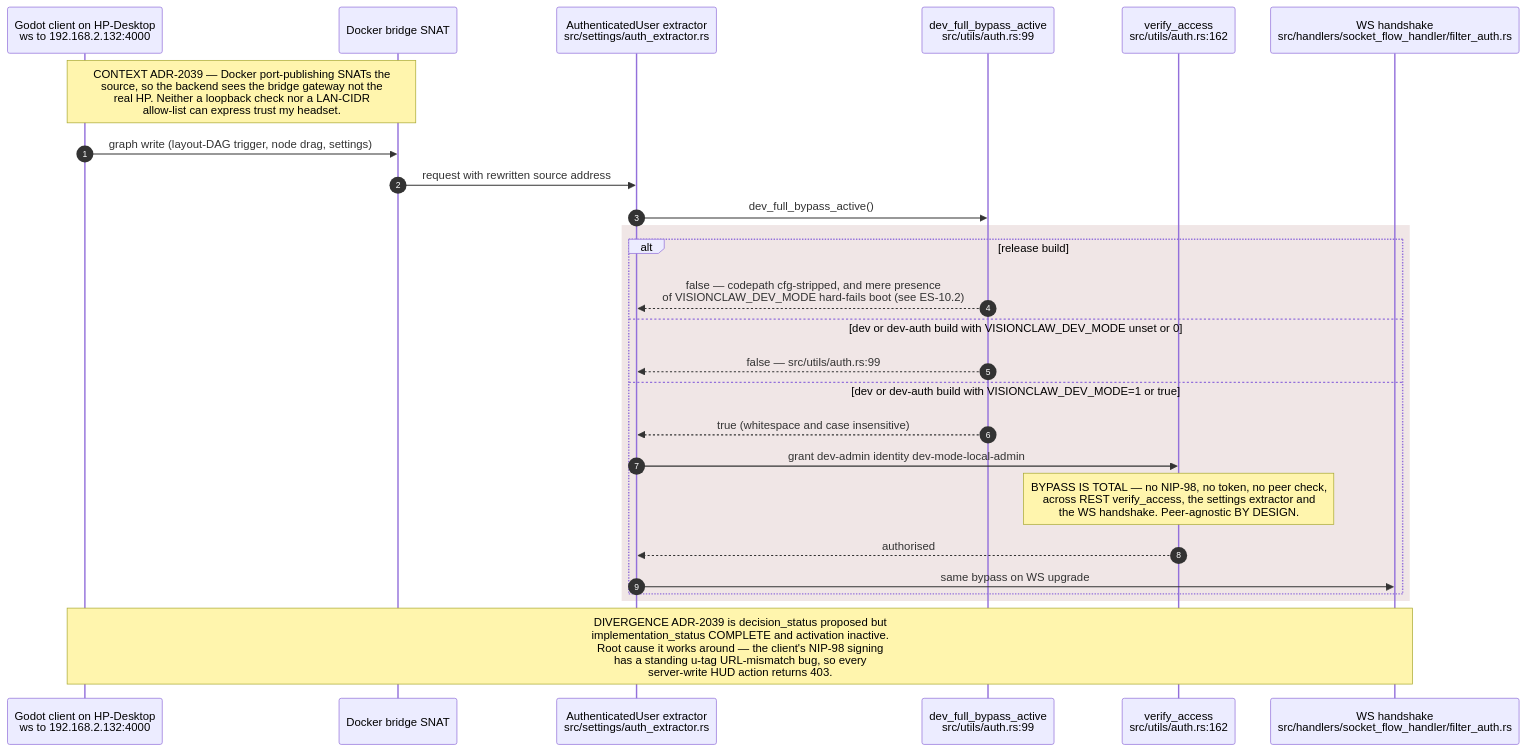
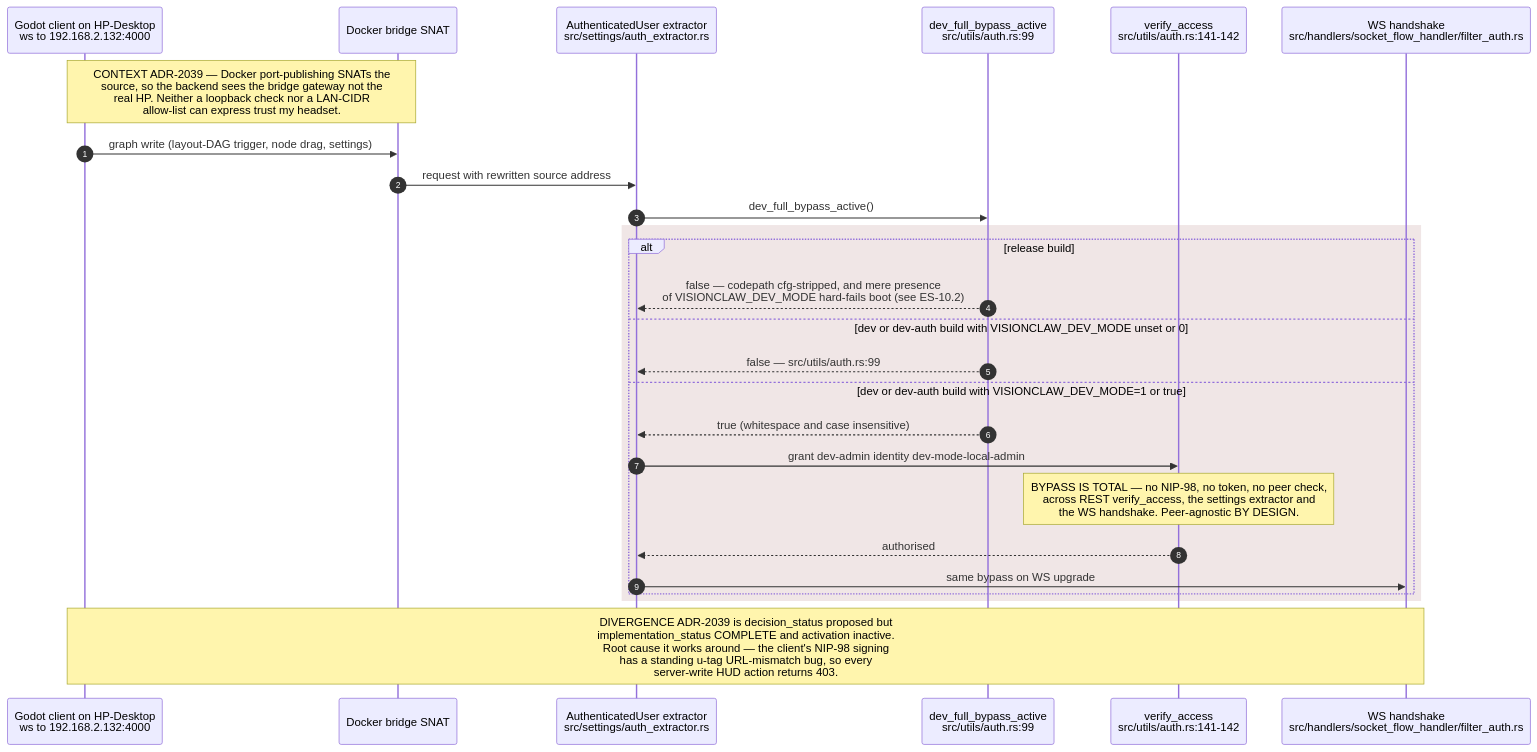
Before and after one commit to DreamLab-AI/AR-AI-Knowledge-Graph: the sixth of 10 diagrams in docs/diagrams/estate/10-deployment-and-security-profiles.md, drawn with Mermaid. The commit also changed other lines of this file and 36 other files, not shown here.

````diff
--- a/docs/diagrams/estate/10-deployment-and-security-profiles.md
+++ b/docs/diagrams/estate/10-deployment-and-security-profiles.md
@@ -221,29 +221,29 @@
 ```mermaid
 sequenceDiagram
     autonumber
     participant HP as Godot client on HP-Desktop<br/>ws to 192.168.2.132:4000
     participant DK as Docker bridge SNAT
     participant AX as AuthenticatedUser extractor<br/>src/settings/auth_extractor.rs
     participant DB as dev_full_bypass_active<br/>src/utils/auth.rs:99
-    participant VA as verify_access<br/>src/utils/auth.rs:162
+    participant VA as verify_access<br/>src/utils/auth.rs:141-142
     participant WS as WS handshake<br/>src/handlers/socket_flow_handler/filter_auth.rs
 
     Note over HP,DK: CONTEXT ADR-2039 — Docker port-publishing SNATs the<br/>source, so the backend sees the bridge gateway not the<br/>real HP. Neither a loopback check nor a LAN-CIDR<br/>allow-list can express trust my headset.
     HP->>DK: graph write (layout-DAG trigger, node drag, settings)
     DK->>AX: request with rewritten source address
     AX->>DB: dev_full_bypass_active()
     rect rgb(240,230,230)
     alt release build
         DB-->>AX: false — codepath cfg-stripped, and mere presence<br/>of VISIONCLAW_DEV_MODE hard-fails boot (see ES-10.2)
     else dev or dev-auth build with VISIONCLAW_DEV_MODE unset or 0
         DB-->>AX: false — src/utils/auth.rs:99
     else dev or dev-auth build with VISIONCLAW_DEV_MODE=1 or true
         DB-->>AX: true (whitespace and case insensitive)
         AX->>VA: grant dev-admin identity dev-mode-local-admin
         Note over VA: BYPASS IS TOTAL — no NIP-98, no token, no peer check,<br/>across REST verify_access, the settings extractor and<br/>the WS handshake. Peer-agnostic BY DESIGN.
         VA-->>AX: authorised
         AX->>WS: same bypass on WS upgrade
     end
     end
     Note over HP,WS: DIVERGENCE ADR-2039 is decision_status proposed but<br/>implementation_status COMPLETE and activation inactive.<br/>Root cause it works around — the client's NIP-98 signing<br/>has a standing u-tag URL-mismatch bug, so every<br/>server-write HUD action returns 403.
 ```
````
